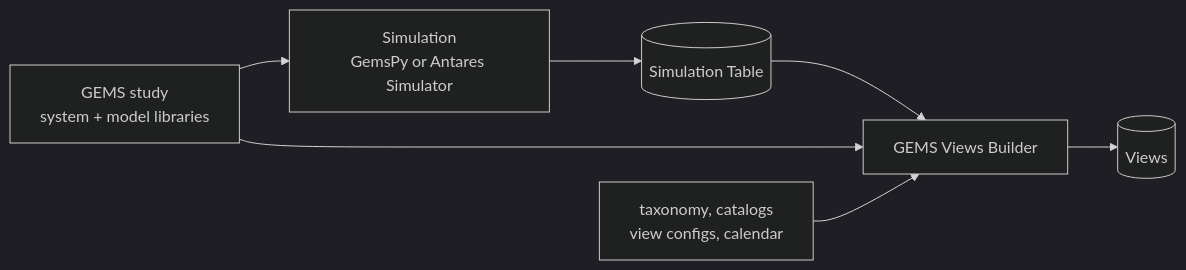
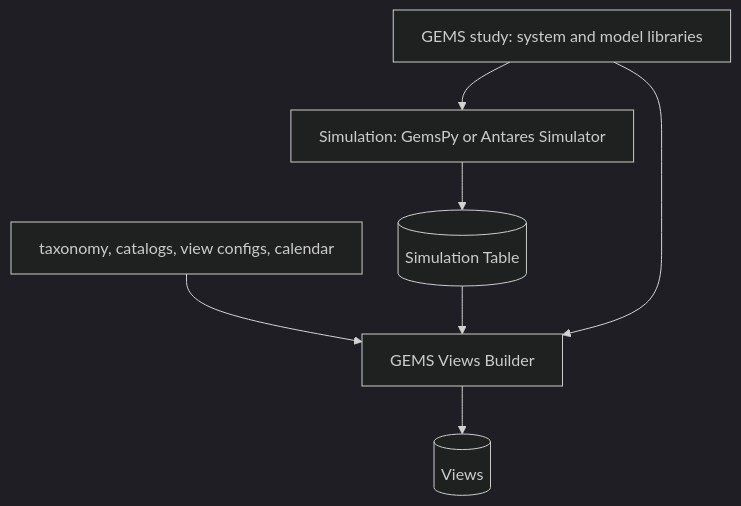
The diagram in README.md (AntaresSimulatorTeam/GEMS-ViewsBuilder), drawn with Mermaid (dark theme) before and after one commit. The commit also changed other lines of this file, not shown here.

Commit message:
docs: update README for improved clarity and formatting
- Changed the project title from "GEMS-ViewsBuilder" to "GEMS Views Builder" for consistency.
- Enhanced flowchart labels for better readability and updated the flow direction.
- Removed outdated Python version requirement note to streamline the installation section.

````diff
--- a/README.md
+++ b/README.md
@@ -34,9 +34,10 @@
 ```mermaid
-flowchart LR
-    study["GEMS study<br>system + model libraries"] --> sim["Simulation<br>GemsPy or Antares Simulator"]
-    sim --> st[("Simulation Table")]
-    st --> gvb["GEMS Views Builder"]
+%%{init: {"flowchart": {"htmlLabels": false, "wrappingWidth": 420, "padding": 14, "nodeSpacing": 36, "rankSpacing": 48}} }%%
+flowchart TB
+    study["GEMS study: system and model libraries"] --> sim["Simulation: GemsPy or Antares Simulator"]
+    sim --> table[("Simulation Table")]
+    inputs["taxonomy, catalogs, view configs, calendar"] --> gvb["GEMS Views Builder"]
+    table --> gvb
     study --> gvb
-    inputs["taxonomy, catalogs<br>view configs, calendar"] --> gvb
     gvb --> views[("Views")]
 ```
````
